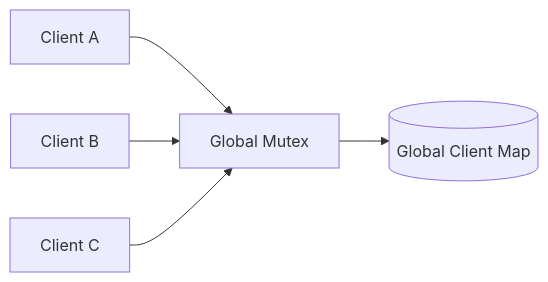
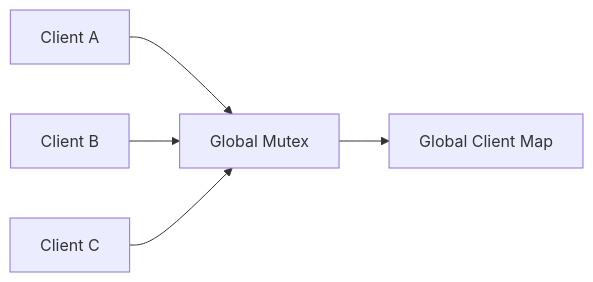
One commit to Dharmraj06/High-Performance-Rate-Limiter changed the second of 5 diagrams in README.md. Above: the diagram before and after it, drawn with Mermaid. The commit also changed other lines of this file, not shown here.

````diff
--- a/README.md
+++ b/README.md
@@ -88,7 +94,7 @@
 ```mermaid
 flowchart LR
     ClientA[Client A] --> Mutex[Global Mutex]
     ClientB[Client B] --> Mutex
     ClientC[Client C] --> Mutex
-    Mutex --> Map[(Global Client Map)]
+    Mutex --> Map[Global Client Map]
 ```
````
